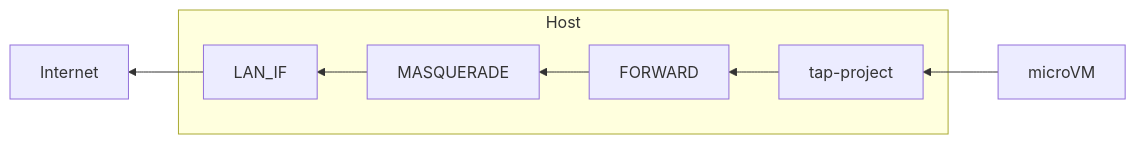
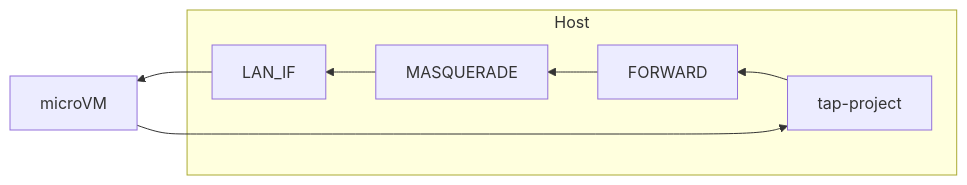
Before and after one commit to cycl00ps/bap: the second of 4 diagrams in README.md, drawn with Mermaid.

````diff
--- a/README.md
+++ b/README.md
@@ -47,10 +47,10 @@
 ```mermaid
 flowchart RL
   subgraph host [Host]
     TAP[tap-project]
     FW[FORWARD]
     NAT[MASQUERADE]
     LAN[LAN_IF]
   end
-  VM[microVM] --> TAP --> FW --> NAT --> LAN --> Internet[Internet]
+  VM[microVM] --> TAP --> FW --> NAT --> LAN --> VM[microVM]
 ```
````
